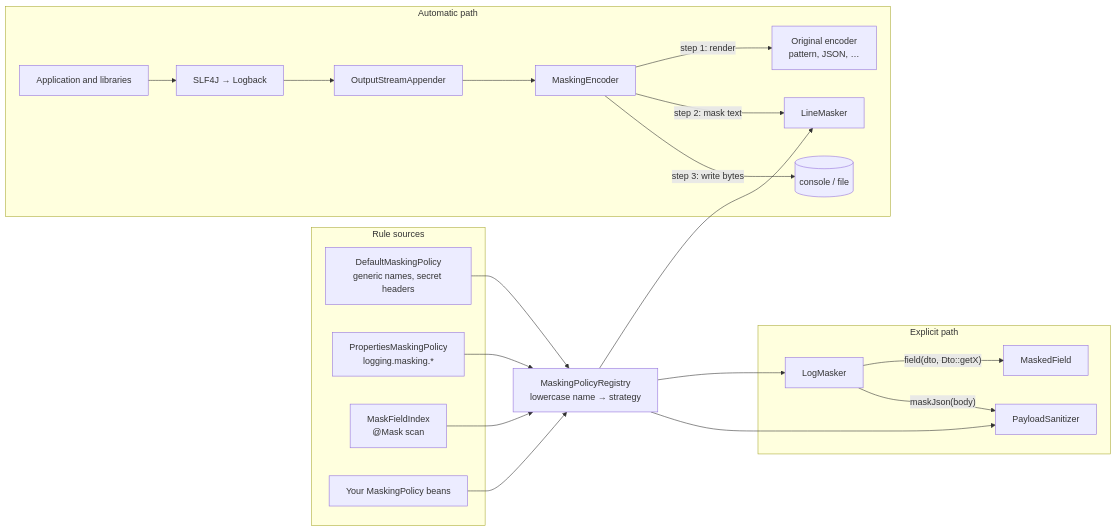
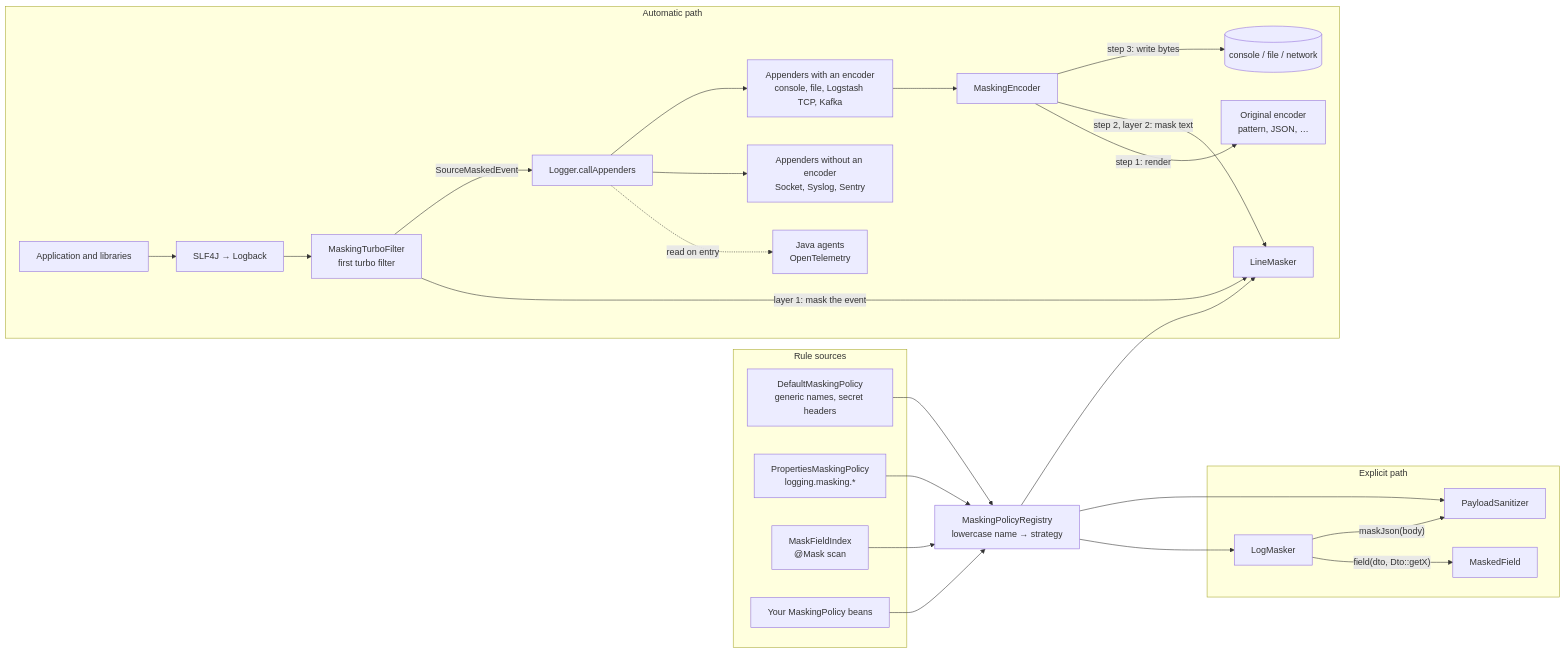
Before and after one commit to laipan009/log-masking-spring-boot-starter: the first of 6 diagrams in docs/architecture.md, drawn with Mermaid. The commit also changed other lines of this file and 35 other files, not shown here.

First line of the commit message:
Mask log events at the source and keep masking attached (#5)

````diff
--- a/docs/architecture.md
+++ b/docs/architecture.md
@@ -19,33 +24,38 @@
 ```mermaid
 flowchart LR
   subgraph sources["Rule sources"]
     def["DefaultMaskingPolicy<br/>generic names, secret headers"]
     props["PropertiesMaskingPolicy<br/>logging.masking.*"]
     idx["MaskFieldIndex<br/>@Mask scan"]
     custom["Your MaskingPolicy beans"]
   end
 
   reg["MaskingPolicyRegistry<br/>lowercase name → strategy"]
   def --> reg
   props --> reg
   idx --> reg
   custom --> reg
 
   subgraph auto["Automatic path"]
     app["Application and libraries"] --> slf4j["SLF4J → Logback"]
-    slf4j --> appender["OutputStreamAppender"]
+    slf4j --> tf["MaskingTurboFilter<br/>first turbo filter"]
+    tf -->|"layer 1: mask the event"| lm["LineMasker"]
+    tf -->|"SourceMaskedEvent"| ca["Logger.callAppenders"]
+    ca -.->|"read on entry"| agent["Java agents<br/>OpenTelemetry"]
+    ca --> noenc["Appenders without an encoder<br/>Socket, Syslog, Sentry"]
+    ca --> appender["Appenders with an encoder<br/>console, file, Logstash TCP, Kafka"]
     appender --> enc["MaskingEncoder"]
     enc -->|"step 1: render"| delegate["Original encoder<br/>pattern, JSON, …"]
-    enc -->|"step 2: mask text"| lm["LineMasker"]
-    enc -->|"step 3: write bytes"| out[("console / file")]
+    enc -->|"step 2, layer 2: mask text"| lm
+    enc -->|"step 3: write bytes"| out[("console / file / network")]
   end
 
   subgraph explicit["Explicit path"]
     lmk["LogMasker"] -->|"field(dto, Dto::getX)"| mf["MaskedField"]
     lmk -->|"maskJson(body)"| ps["PayloadSanitizer"]
   end
 
   reg --> lm
   reg --> lmk
   reg --> ps
 ```
````
